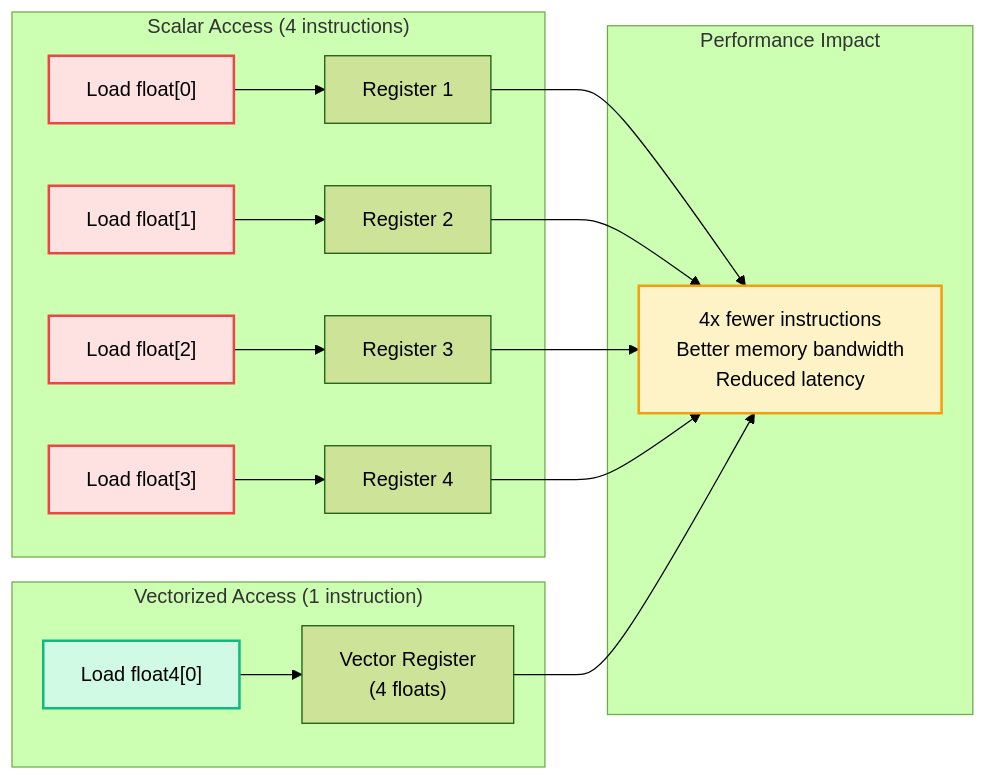
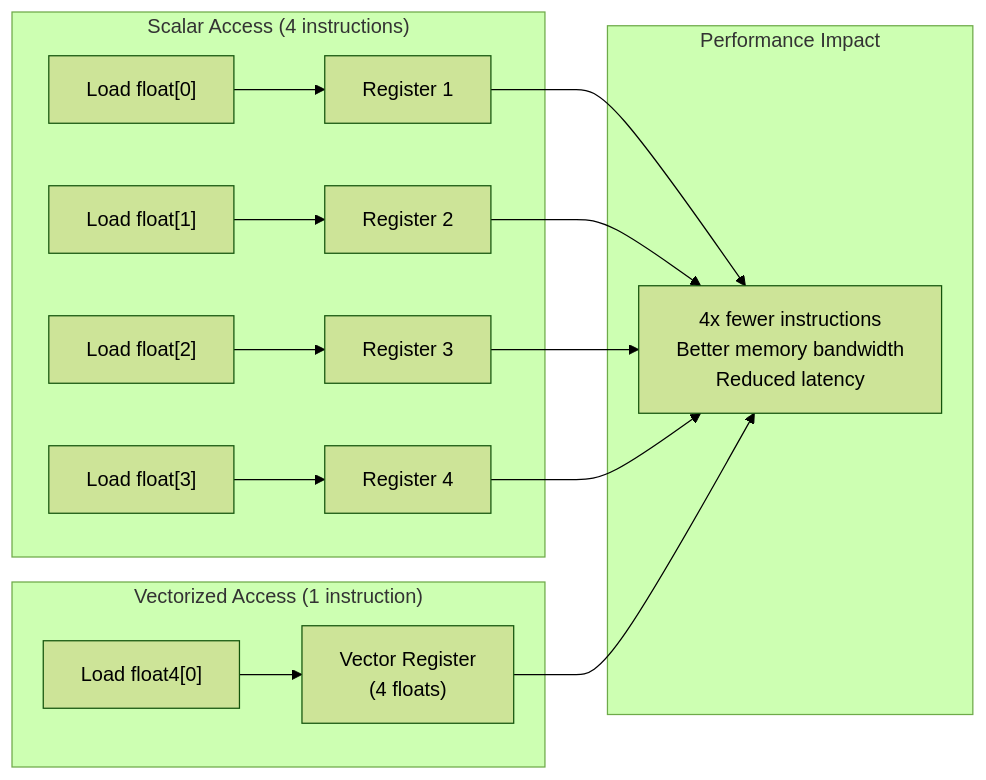
The second of 4 diagrams in docs/conceptual/ck_tile/buffer_views.rst (ROCm/composable_kernel), drawn with Mermaid (forest theme) before and after one commit. The commit also changed other lines of this file and 21 other files, not shown here.

```diff
--- a/docs/conceptual/ck_tile/buffer_views.rst
+++ b/docs/conceptual/ck_tile/buffer_views.rst
@@ -199,27 +172,20 @@
-      .. mermaid::
-      
-         graph LR
-             subgraph "Scalar Access (4 instructions)"
-                 S1["Load float[0]"] --> R1["Register 1"]
-                 S2["Load float[1]"] --> R2["Register 2"]
-                 S3["Load float[2]"] --> R3["Register 3"]
-                 S4["Load float[3]"] --> R4["Register 4"]
-             end
-   
-             subgraph "Vectorized Access (1 instruction)"
-                 V1["Load float4[0]"] --> VR["Vector Register<br/>(4 floats)"]
-             end
-   
-             subgraph "Performance Impact"
-                 Perf["4x fewer instructions<br/>Better memory bandwidth<br/>Reduced latency"]
-             end
-   
-             R1 & R2 & R3 & R4 --> Perf
-             VR --> Perf
-   
-             style S1 fill:#fee2e2,stroke:#ef4444,stroke-width:2px
-             style S2 fill:#fee2e2,stroke:#ef4444,stroke-width:2px
-             style S3 fill:#fee2e2,stroke:#ef4444,stroke-width:2px
-             style S4 fill:#fee2e2,stroke:#ef4444,stroke-width:2px
-             style V1 fill:#d1fae5,stroke:#10b981,stroke-width:2px
-             style Perf fill:#fef3c7,stroke:#f59e0b,stroke-width:2px
+.. mermaid::
+
+   graph LR
+       subgraph "Scalar Access (4 instructions)"
+           S1["Load float[0]"] --> R1["Register 1"]
+           S2["Load float[1]"] --> R2["Register 2"]
+           S3["Load float[2]"] --> R3["Register 3"]
+           S4["Load float[3]"] --> R4["Register 4"]
+       end
+
+       subgraph "Vectorized Access (1 instruction)"
+           V1["Load float4[0]"] --> VR["Vector Register<br/>(4 floats)"]
+       end
+
+       subgraph "Performance Impact"
+           Perf["4x fewer instructions<br/>Better memory bandwidth<br/>Reduced latency"]
+       end
+
+       R1 & R2 & R3 & R4 --> Perf
+       VR --> Perf
```
